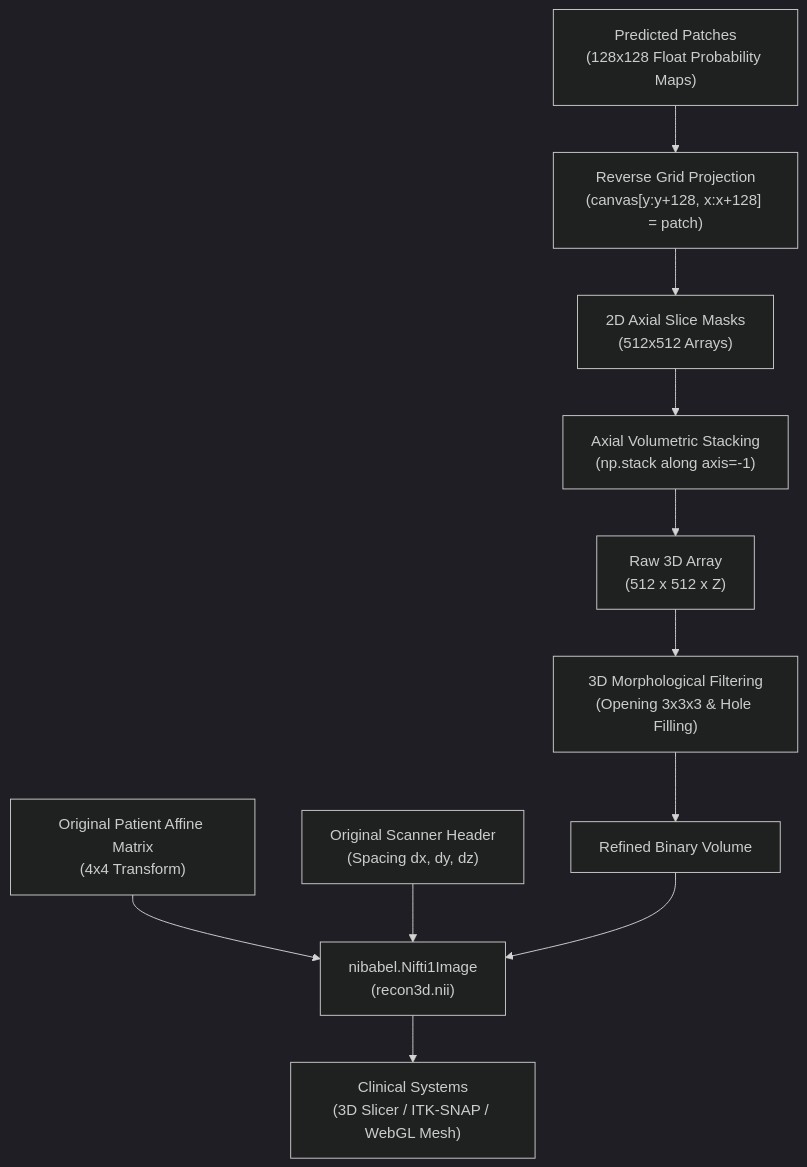
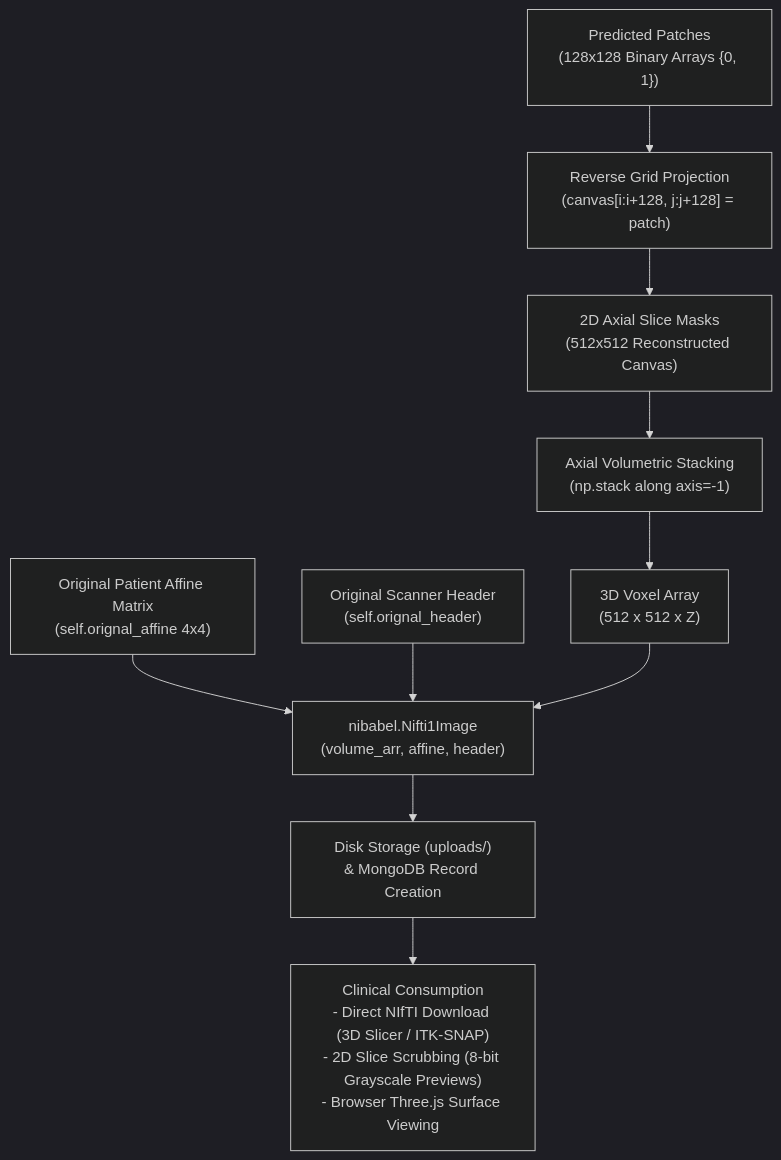
The diagram in docs/3d-volumetric-reconstruction.md (Nawaz393/spine-vertebrae-segmentation-architecture), drawn with Mermaid (dark theme) before and after one commit. The commit also changed other lines of this file and 4 other files, not shown here.

````diff
--- a/docs/3d-volumetric-reconstruction.md
+++ b/docs/3d-volumetric-reconstruction.md
@@ -19,14 +19,14 @@
 ```mermaid
 flowchart TD
-    P["Predicted Patches<br/>(128x128 Float Probability Maps)"] --> S["Reverse Grid Projection<br/>(canvas[y:y+128, x:x+128] = patch)"]
-    S --> SLICE["2D Axial Slice Masks<br/>(512x512 Arrays)"]
+    P["Predicted Patches<br/>(128x128 Binary Arrays {0, 1})"] --> S["Reverse Grid Projection<br/>(canvas[i:i+128, j:j+128] = patch)"]
+    S --> SLICE["2D Axial Slice Masks<br/>(512x512 Reconstructed Canvas)"]
     SLICE --> STACK["Axial Volumetric Stacking<br/>(np.stack along axis=-1)"]
-    STACK --> VOL3D["Raw 3D Array<br/>(512 x 512 x Z)"]
-    VOL3D --> MORPH["3D Morphological Filtering<br/>(Opening 3x3x3 & Hole Filling)"]
-    MORPH --> CLEAN["Refined Binary Volume"]
+    STACK --> VOL3D["3D Voxel Array<br/>(512 x 512 x Z)"]
     
-    AFF["Original Patient Affine Matrix<br/>(4x4 Transform)"] --> NII["nibabel.Nifti1Image<br/>(recon3d.nii)"]
-    HEAD["Original Scanner Header<br/>(Spacing dx, dy, dz)"] --> NII
-    CLEAN --> NII
-    NII --> SLICER["Clinical Systems<br/>(3D Slicer / ITK-SNAP / WebGL Mesh)"]
+    AFF["Original Patient Affine Matrix<br/>(self.orignal_affine 4x4)"] --> NII["nibabel.Nifti1Image<br/>(volume_arr, affine, header)"]
+    HEAD["Original Scanner Header<br/>(self.orignal_header)"] --> NII
+    VOL3D --> NII
+    
+    NII --> SAVE["Disk Storage (uploads/)<br/>& MongoDB Record Creation"]
+    SAVE --> CLINICAL["Clinical Consumption<br/>- Direct NIfTI Download (3D Slicer / ITK-SNAP)<br/>- 2D Slice Scrubbing (8-bit Grayscale Previews)<br/>- Browser Three.js Surface Viewing"]
 ```
````
